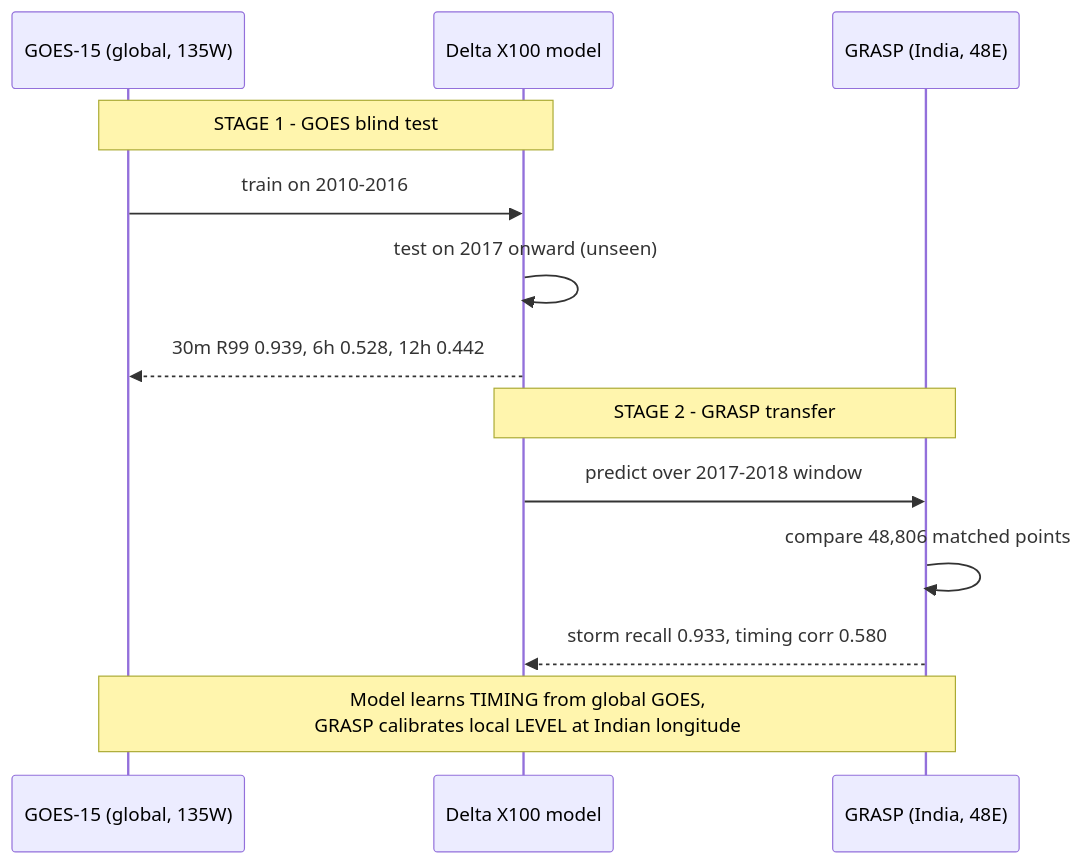
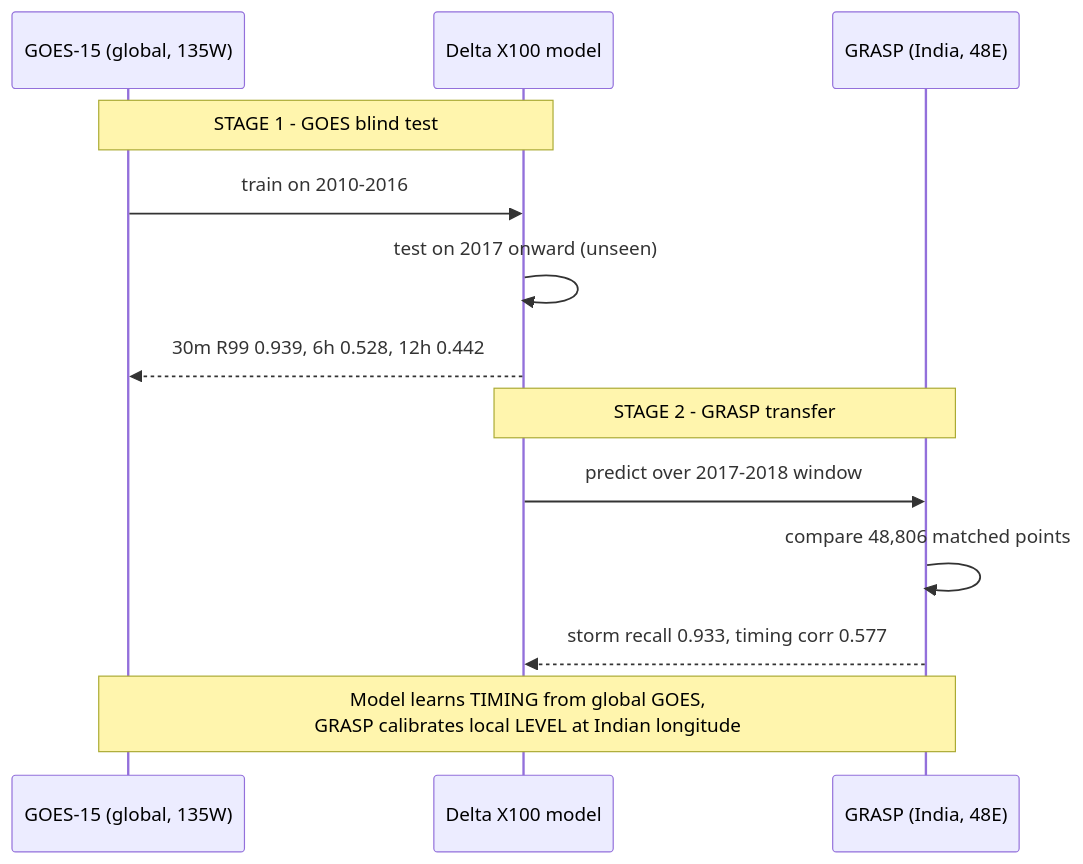
The fourth of 5 diagrams in README.md (SHAURYASANYAL3/GEOshield), drawn with Mermaid before and after one commit. The commit also changed other lines of this file, not shown here.

````diff
--- a/README.md
+++ b/README.md
@@ -271,15 +271,15 @@
 ```mermaid
 sequenceDiagram
     participant GOES as GOES-15 (global, 135W)
     participant Model as Delta X100 model
     participant GRASP as GRASP (India, 48E)
     Note over GOES,Model: STAGE 1 - GOES blind test
     GOES->>Model: train on 2010-2016
     Model->>Model: test on 2017 onward (unseen)
     Model-->>GOES: 30m R99 0.939, 6h 0.528, 12h 0.442
     Note over Model,GRASP: STAGE 2 - GRASP transfer
     Model->>GRASP: predict over 2017-2018 window
     GRASP->>GRASP: compare 48,806 matched points
-    GRASP-->>Model: storm recall 0.933, timing corr 0.580
+    GRASP-->>Model: storm recall 0.933, timing corr 0.577
     Note over GOES,GRASP: Model learns TIMING from global GOES,<br/>GRASP calibrates local LEVEL at Indian longitude
 ```
````
